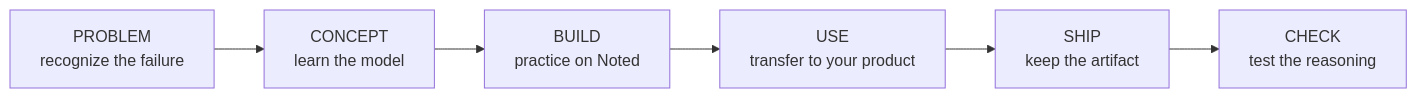
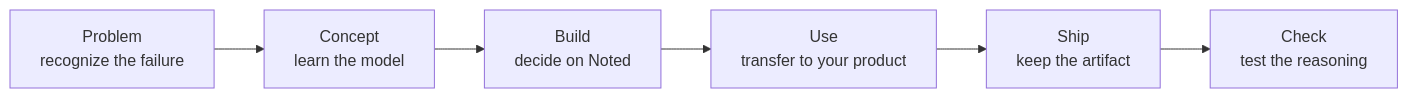
The first of 2 diagrams in README.md (raziiabraham/core-pm), drawn with Mermaid before and after one commit. The commit also changed other lines of this file and 222 other files, not shown here.

````diff
--- a/README.md
+++ b/README.md
@@ -46,8 +64,8 @@
 ```mermaid
 flowchart LR
-  P["PROBLEM<br/>recognize the failure"] --> C["CONCEPT<br/>learn the model"]
-  C --> B["BUILD<br/>practice on Noted"]
-  B --> U["USE<br/>transfer to your product"]
-  U --> S["SHIP<br/>keep the artifact"]
-  S --> K["CHECK<br/>test the reasoning"]
+  P["Problem<br/>recognize the failure"] --> C["Concept<br/>learn the model"]
+  C --> B["Build<br/>decide on Noted"]
+  B --> U["Use<br/>transfer to your product"]
+  U --> S["Ship<br/>keep the artifact"]
+  S --> K["Check<br/>test the reasoning"]
 ```
````
